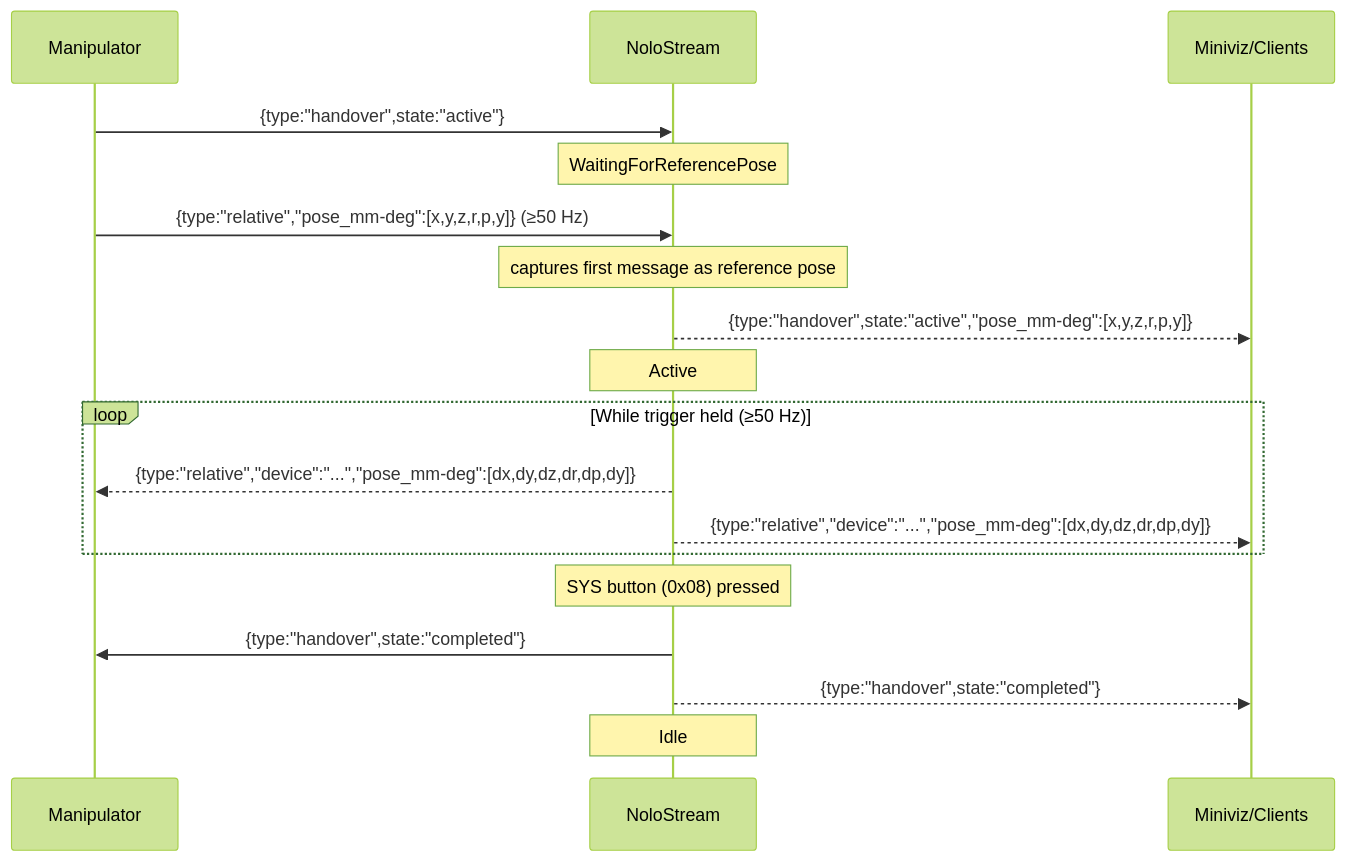
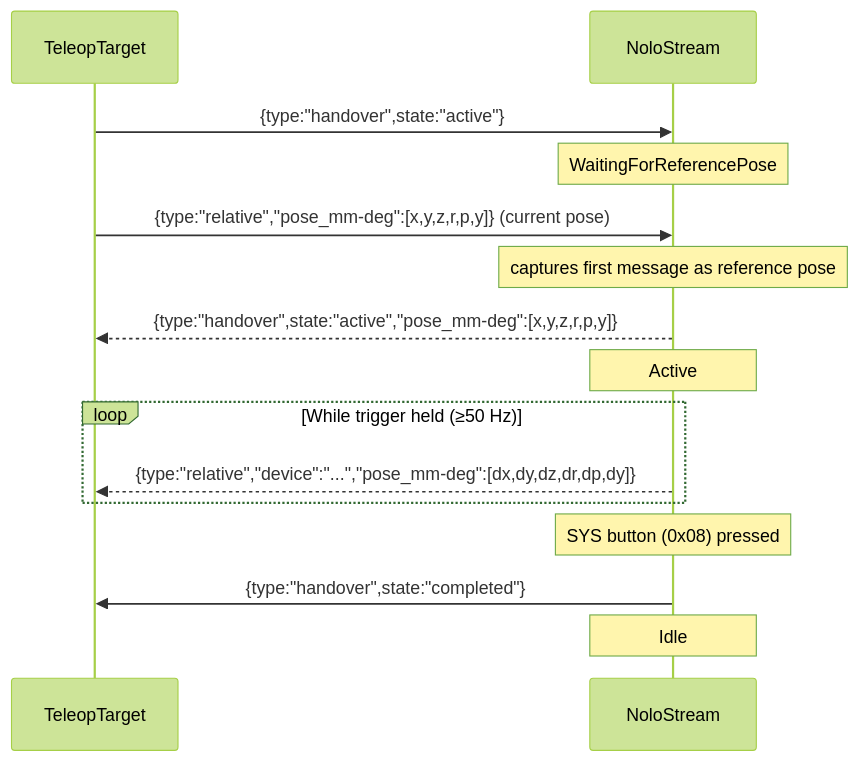
Before and after one commit to DionHo/nolo-stream: the diagram in docs/teleop.md, drawn with Mermaid (forest theme). The commit also changed other lines of this file and 2 other files, not shown here.

````diff
--- a/docs/teleop.md
+++ b/docs/teleop.md
@@ -79,23 +79,20 @@
 ```mermaid
 sequenceDiagram
-    participant M as Manipulator
+    participant T as TeleopTarget
     participant N as NoloStream
-    participant V as Miniviz/Clients
 
-    M->>N: {type:"handover",state:"active"}
+    T->>N: {type:"handover",state:"active"}
     Note over N: WaitingForReferencePose
-    M->>N: {type:"relative","pose_mm-deg":[x,y,z,r,p,y]} (≥50 Hz)
+    T->>N: {type:"relative","pose_mm-deg":[x,y,z,r,p,y]} (current pose)
     Note over N: captures first message as reference pose
-    N-->>V: {type:"handover",state:"active","pose_mm-deg":[x,y,z,r,p,y]}
+    N-->>T: {type:"handover",state:"active","pose_mm-deg":[x,y,z,r,p,y]}
     Note over N: Active
 
     loop While trigger held (≥50 Hz)
-        N-->>M: {type:"relative","device":"...","pose_mm-deg":[dx,dy,dz,dr,dp,dy]}
-        N-->>V: {type:"relative","device":"...","pose_mm-deg":[dx,dy,dz,dr,dp,dy]}
+        N-->>T: {type:"relative","device":"...","pose_mm-deg":[dx,dy,dz,dr,dp,dy]}
     end
 
     Note over N: SYS button (0x08) pressed
-    N->>M: {type:"handover",state:"completed"}
-    N-->>V: {type:"handover",state:"completed"}
+    N->>T: {type:"handover",state:"completed"}
     Note over N: Idle
 ```
````
